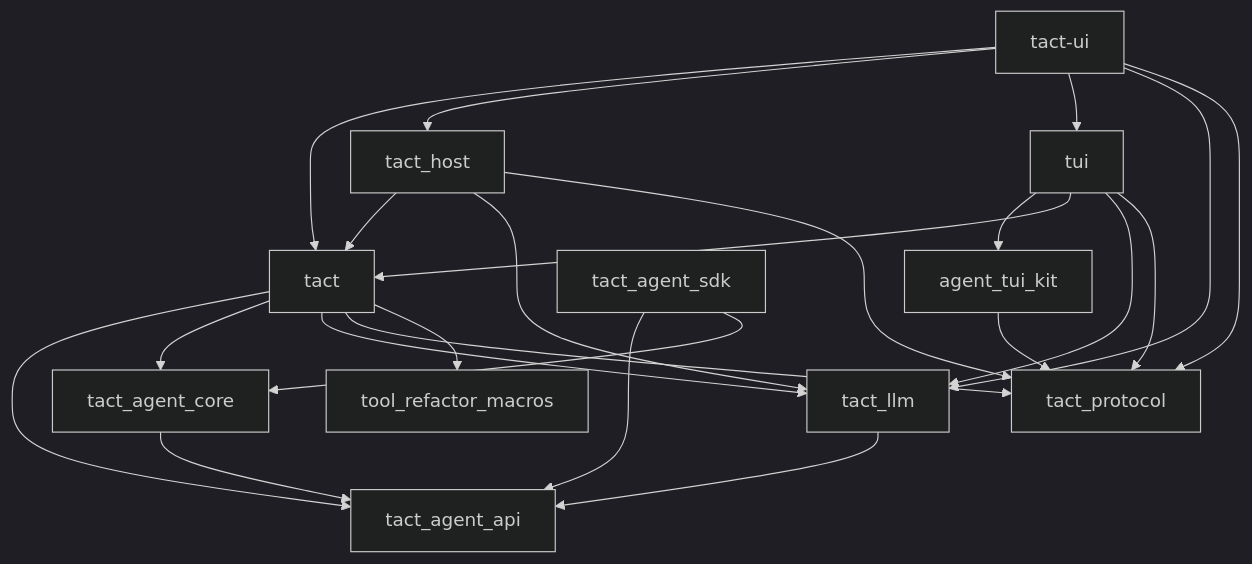
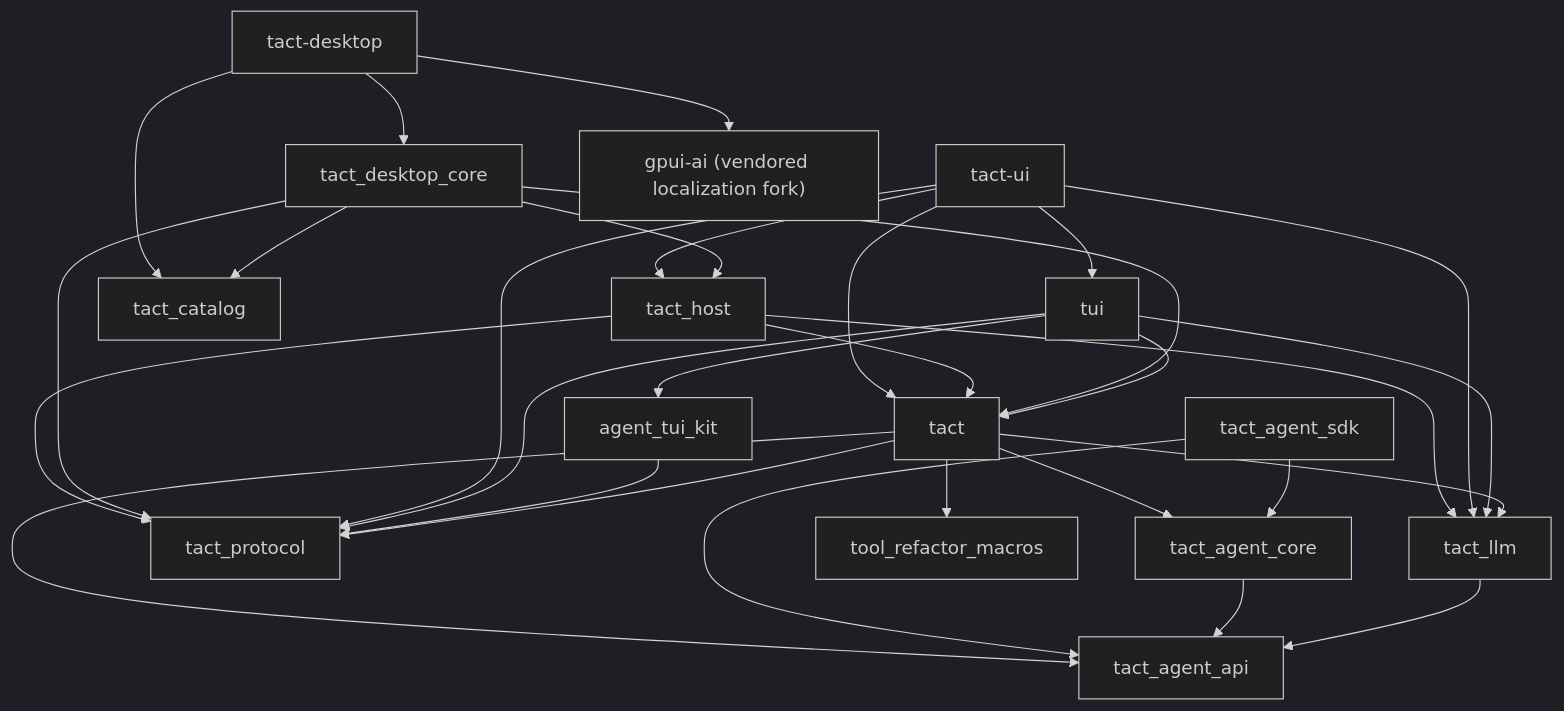
The first of 10 diagrams in ARCHITECTURE.md (rust-infra/tact), drawn with Mermaid (dark theme) before and after one commit. The commit also changed other lines of this file and 7 other files, not shown here.

First line of the commit message:
docs(desktop): architecture, PRD, component audit, and book entry

````diff
--- a/ARCHITECTURE.md
+++ b/ARCHITECTURE.md
@@ -29,25 +32,32 @@
 ```mermaid
 flowchart TB
     tact_ui["tact-ui"] --> tact
     tact_ui --> tact_host["tact_host"]
     tact_host --> tact
     tact_host --> tact_llm
     tact_host --> tact_protocol
+    tact_desktop["tact-desktop"] --> tact_desktop_core["tact_desktop_core"]
+    tact_desktop --> tact_catalog
+    tact_desktop --> gpui_ai["gpui-ai (vendored localization fork)"]
+    tact_desktop_core --> tact_host
+    tact_desktop_core --> tact_catalog
+    tact_desktop_core --> tact_protocol
+    tact_desktop_core --> tact
     tact_ui --> tui
     tact_ui --> tact_llm
     tact_ui --> tact_protocol
     tui --> agent_tui_kit
     tui --> tact
     tui --> tact_llm
     tui --> tact_protocol
     agent_tui_kit --> tact_protocol
     tact --> tact_agent_api["tact_agent_api"]
     tact --> tact_agent_core["tact_agent_core"]
     tact --> tact_llm
     tact --> tact_protocol
     tact --> tool_refactor_macros
     tact_agent_sdk["tact_agent_sdk"] --> tact_agent_api["tact_agent_api"]
     tact_agent_sdk --> tact_agent_core["tact_agent_core"]
     tact_agent_core --> tact_agent_api
     tact_llm --> tact_agent_api
 ```
````
